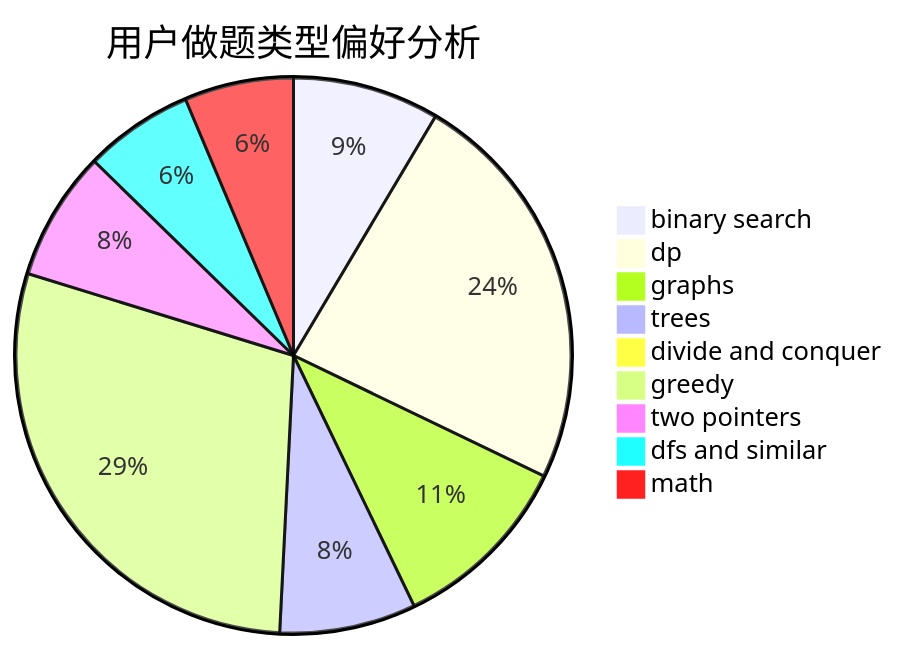
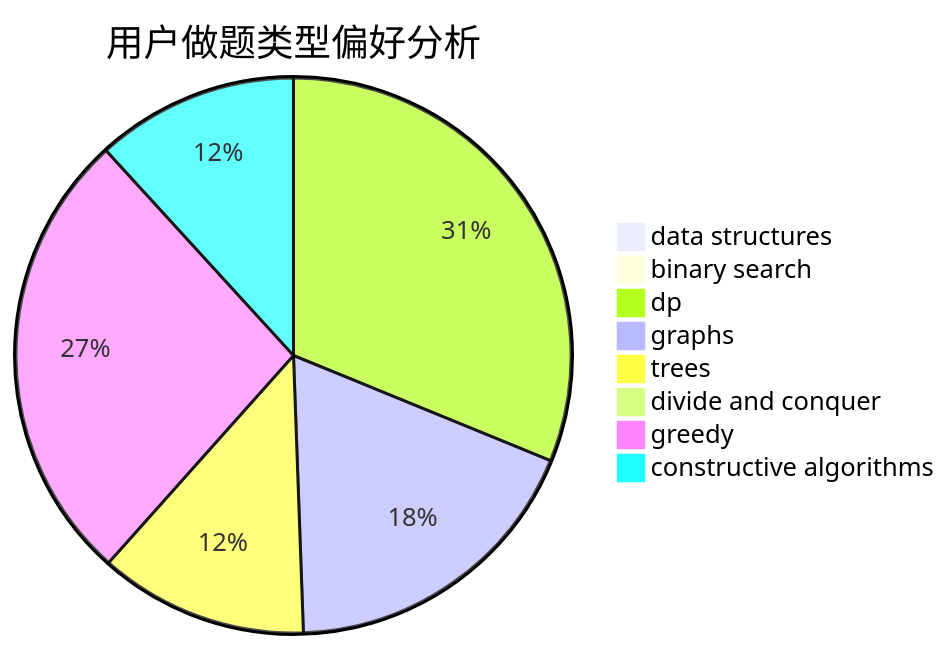
The second of 3 diagrams in docs/user/u630.md (sherpahu/cfrs.github.io), drawn with Mermaid before and after one commit. The commit also changed other lines of this file and 2775 other files, not shown here.

````diff
--- a/docs/user/u630.md
+++ b/docs/user/u630.md
@@ -23,12 +23,11 @@
 ```mermaid
 pie title 用户做题类型偏好分析
-    "binary search" :  43
-    "dp" :  119
-    "graphs" :  54
-    "trees" :  40
+    "data structures" :  0
+    "binary search" :  1
+    "dp" :  82
+    "graphs" :  48
+    "trees" :  32
     "divide and conquer" :  0
-    "greedy" :  146
-    "two pointers" :  38
-    "dfs and similar" :  32
-    "math" :  32
+    "greedy" :  70
+    "constructive algorithms" :  31
 ```
````
